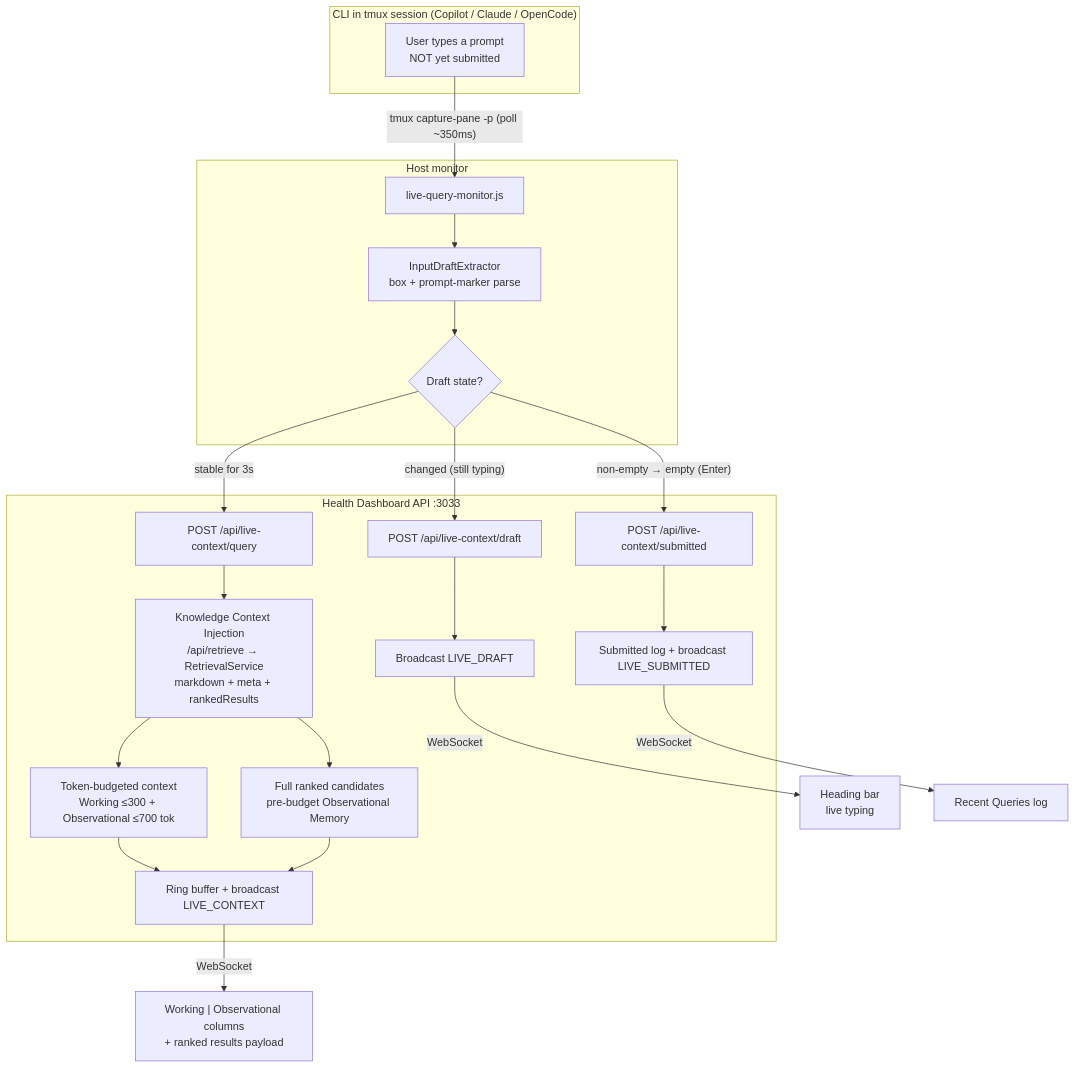
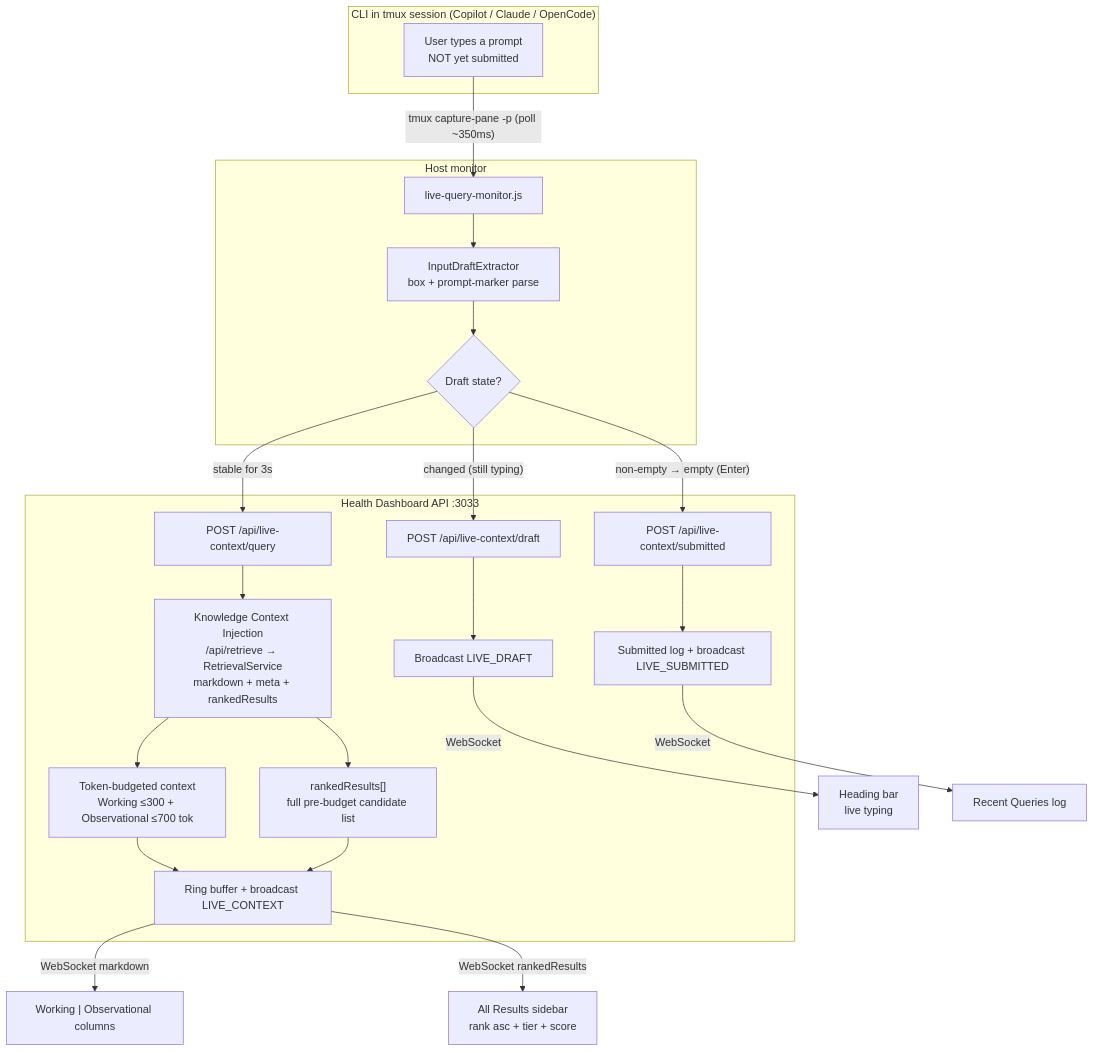
The third of 3 diagrams in README.md (ritwik-ghosh09/Agent-Agnostic-Observational-Memory), drawn with Mermaid before and after one commit. The commit also changed other lines of this file and 2 other files, not shown here.

Commit message:
Add ranked live context results sidebar

````diff
--- a/README.md
+++ b/README.md
@@ -438,31 +438,32 @@
 ```mermaid
 graph TD
     subgraph CLI["CLI in tmux session (Copilot / Claude / OpenCode)"]
         A["User types a prompt<br/>NOT yet submitted"]
     end
 
     A -->|"tmux capture-pane -p (poll ~350ms)"| B["live-query-monitor.js"]
 
     subgraph MON["Host monitor"]
         B --> C["InputDraftExtractor<br/>box + prompt-marker parse"]
         C --> D{"Draft state?"}
     end
 
     D -->|"changed (still typing)"| E["POST /api/live-context/draft"]
     D -->|"stable for 3s"| F["POST /api/live-context/query"]
     D -->|"non-empty → empty (Enter)"| G["POST /api/live-context/submitted"]
 
     subgraph DASH["Health Dashboard API :3033"]
         E --> H["Broadcast LIVE_DRAFT"]
         F --> I["Knowledge Context Injection<br/>/api/retrieve → RetrievalService<br/>markdown + meta + rankedResults"]
         I --> O["Token-budgeted context<br/>Working ≤300 + Observational ≤700 tok"]
-        I --> P["Full ranked candidates<br/>pre-budget Observational Memory"]
+        I --> P["rankedResults[]<br/>full pre-budget candidate list"]
         O --> J["Ring buffer + broadcast LIVE_CONTEXT"]
         P --> J
         G --> K["Submitted log + broadcast LIVE_SUBMITTED"]
     end
 
     H -->|WebSocket| L["Heading bar<br/>live typing"]
-    J -->|WebSocket| M["Working | Observational columns<br/>+ ranked results payload"]
+    J -->|WebSocket markdown| M["Working | Observational columns"]
+    J -->|WebSocket rankedResults| Q["All Results sidebar<br/>rank asc + tier + score"]
     K -->|WebSocket| N["Recent Queries log"]
 ```
````
